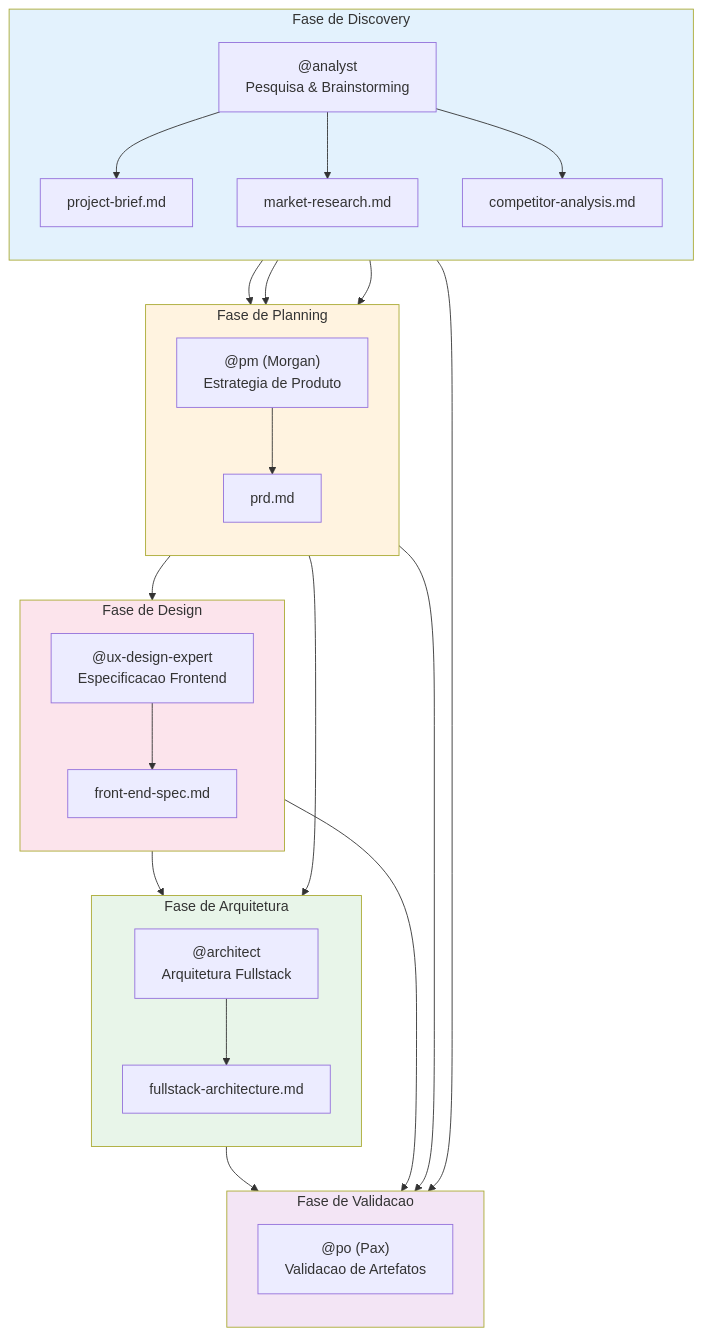
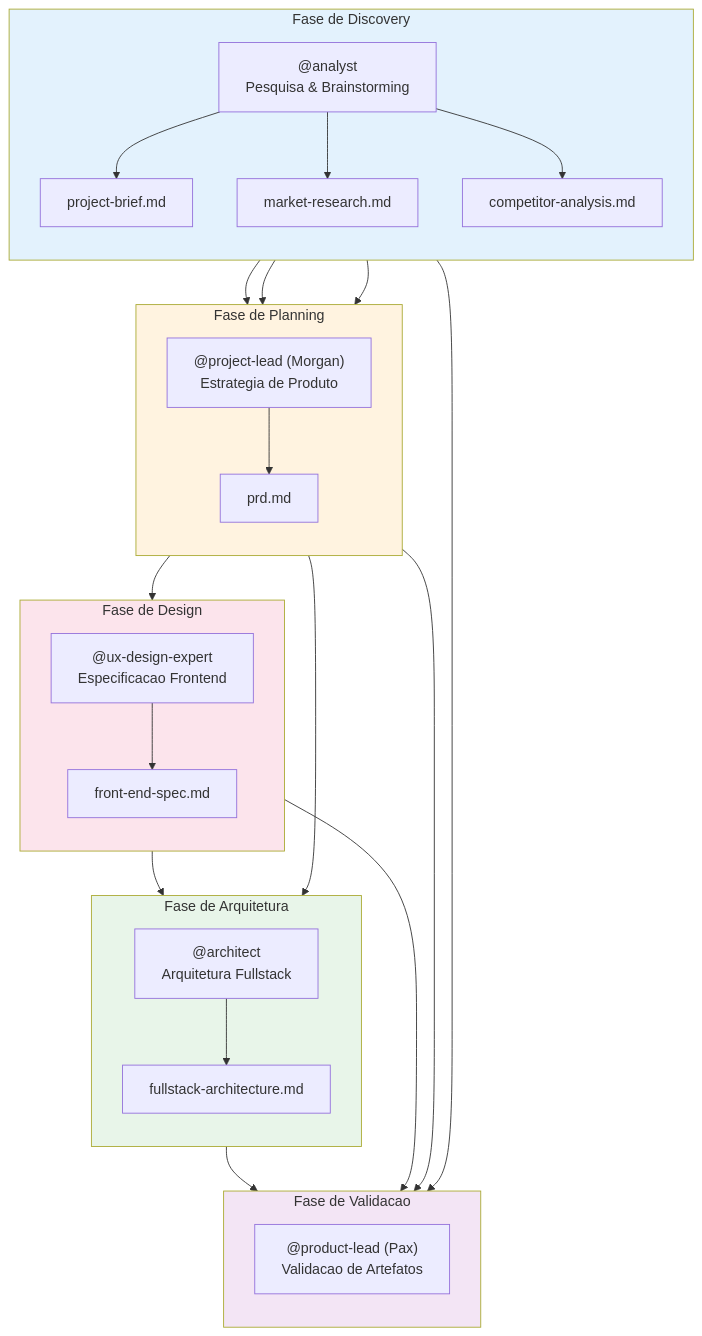
The fourth of 5 diagrams in docs/guides/agents/ANALYST-SYSTEM.md (caioimori/sinapse-ai), drawn with Mermaid before and after one commit. The commit also changed other lines of this file and 873 other files, not shown here.

````diff
--- a/docs/guides/agents/ANALYST-SYSTEM.md
+++ b/docs/guides/agents/ANALYST-SYSTEM.md
@@ -235,60 +235,60 @@
 ```mermaid
 flowchart TB
     subgraph DISCOVERY["Fase de Discovery"]
         direction TB
         ANALYST_WORK["@analyst<br/>Pesquisa & Brainstorming"]
         PROJECT_BRIEF["project-brief.md"]
         MARKET_RESEARCH["market-research.md"]
         COMPETITOR_ANALYSIS["competitor-analysis.md"]
 
         ANALYST_WORK --> PROJECT_BRIEF
         ANALYST_WORK --> MARKET_RESEARCH
         ANALYST_WORK --> COMPETITOR_ANALYSIS
     end
 
     subgraph PLANNING["Fase de Planning"]
         direction TB
-        PM_WORK["@pm (Morgan)<br/>Estrategia de Produto"]
+        PM_WORK["@project-lead (Morgan)<br/>Estrategia de Produto"]
         PRD["prd.md"]
 
         PROJECT_BRIEF --> PM_WORK
         MARKET_RESEARCH --> PM_WORK
         COMPETITOR_ANALYSIS --> PM_WORK
         PM_WORK --> PRD
     end
 
     subgraph DESIGN["Fase de Design"]
         direction TB
         UX_WORK["@ux-design-expert<br/>Especificacao Frontend"]
         FRONTEND_SPEC["front-end-spec.md"]
 
         PRD --> UX_WORK
         UX_WORK --> FRONTEND_SPEC
     end
 
     subgraph ARCHITECTURE["Fase de Arquitetura"]
         direction TB
         ARCH_WORK["@architect<br/>Arquitetura Fullstack"]
         ARCH_DOC["fullstack-architecture.md"]
 
         PRD --> ARCH_WORK
         FRONTEND_SPEC --> ARCH_WORK
         ARCH_WORK --> ARCH_DOC
     end
 
     subgraph VALIDATION["Fase de Validacao"]
         direction TB
-        PO_WORK["@po (Pax)<br/>Validacao de Artefatos"]
+        PO_WORK["@product-lead (Pax)<br/>Validacao de Artefatos"]
 
         PROJECT_BRIEF --> PO_WORK
         PRD --> PO_WORK
         FRONTEND_SPEC --> PO_WORK
         ARCH_DOC --> PO_WORK
     end
 
     style DISCOVERY fill:#e3f2fd
     style PLANNING fill:#fff3e0
     style DESIGN fill:#fce4ec
     style ARCHITECTURE fill:#e8f5e9
     style VALIDATION fill:#f3e5f5
 ```
````
